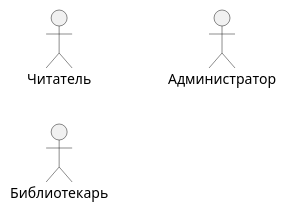
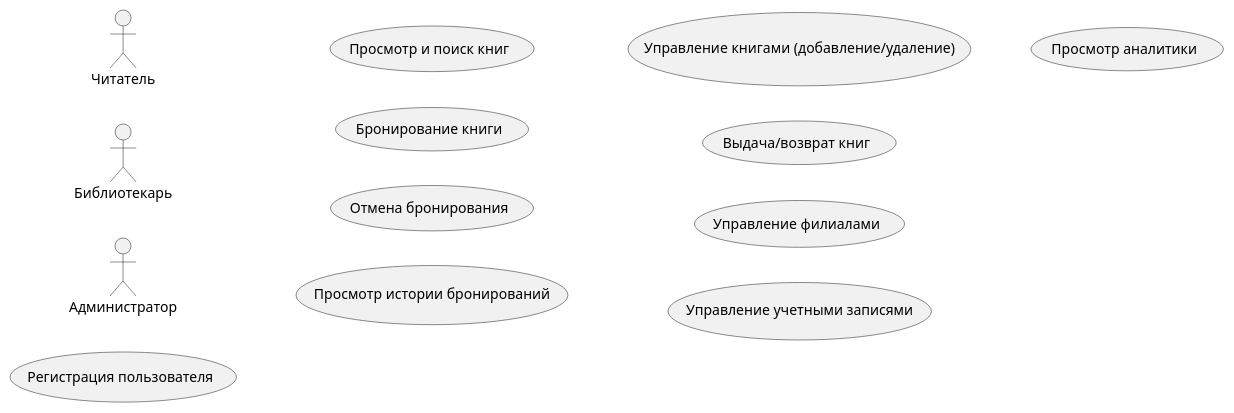
The diagram in diagrams/usecase-library-system.puml (Erden20/module13-diagrams), drawn with PlantUML before and after one commit.

Commit message:
Add use cases for library system in UML diagram

```diff
--- a/diagrams/usecase-library-system.puml
+++ b/diagrams/usecase-library-system.puml
@@ -1,11 +1,23 @@
 @startuml
 left to right direction
 
 ' Акторы
 actor "Читатель" as Reader
 actor "Библиотекарь" as Librarian
 actor "Администратор" as Admin
 
+' Варианты использования
+usecase "Регистрация пользователя" as UC_Register
+usecase "Просмотр и поиск книг" as UC_ViewSearch
+usecase "Бронирование книги" as UC_Book
+usecase "Отмена бронирования" as UC_CancelBooking
+usecase "Просмотр истории бронирований" as UC_History
+usecase "Управление книгами (добавление/удаление)" as UC_ManageBooks
+usecase "Выдача/возврат книг" as UC_IssueReturn
+usecase "Управление филиалами" as UC_ManageBranches
+usecase "Управление учетными записями" as UC_ManageUsers
+usecase "Просмотр аналитики" as UC_ViewAnalytics
+
 ' Здесь позже добавим варианты использования
 
 @enduml
```
